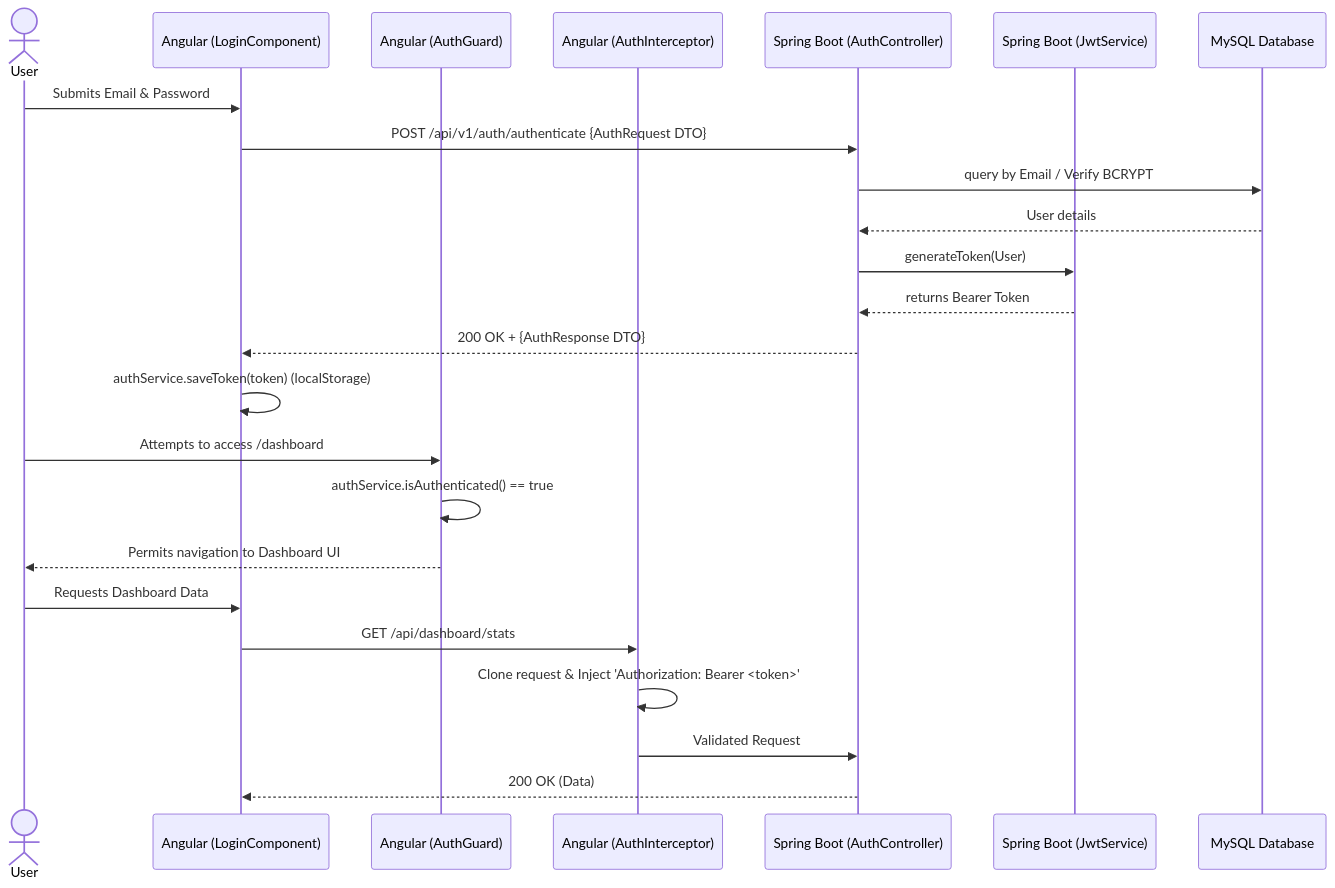
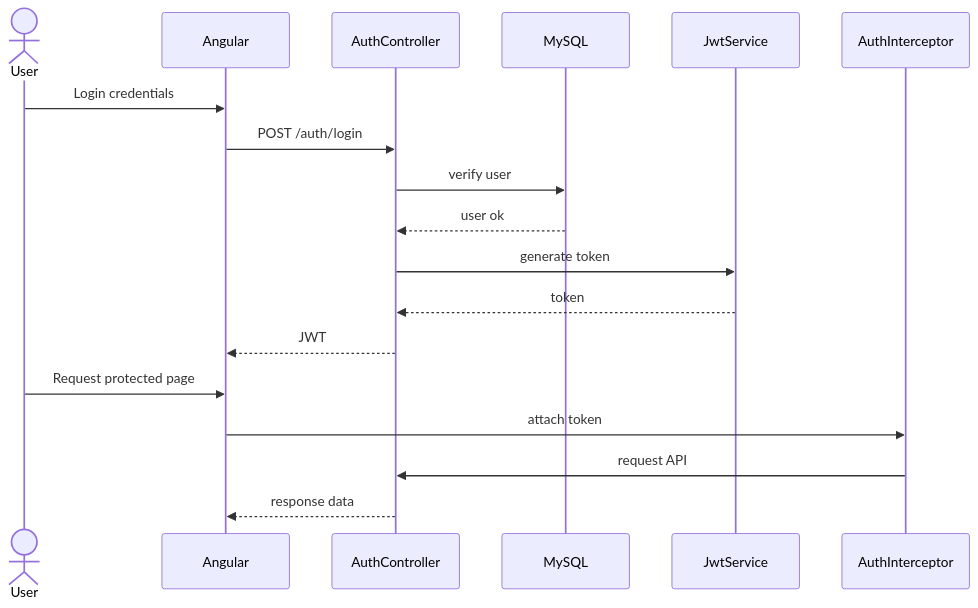
The third of 5 diagrams in docs/uml_diagrams.md (ranim85/Elderly-Assistance-Platform), drawn with Mermaid before and after one commit. The commit also changed other lines of this file, not shown here.

````diff
--- a/docs/uml_diagrams.md
+++ b/docs/uml_diagrams.md
@@ -134,29 +84,22 @@
 ```mermaid
 sequenceDiagram
-    actor User
-    participant App as Angular (LoginComponent)
-    participant Guard as Angular (AuthGuard)
-    participant Interceptor as Angular (AuthInterceptor)
-    participant API as Spring Boot (AuthController)
-    participant JWT as Spring Boot (JwtService)
-    participant DB as MySQL Database
+actor User
+participant UI as Angular
+participant Auth as AuthController
+participant DB as MySQL
+participant JWT as JwtService
+participant Interceptor as AuthInterceptor
 
-    User->>App: Submits Email & Password
-    App->>API: POST /api/v1/auth/authenticate {AuthRequest DTO}
-    API->>DB: query by Email / Verify BCRYPT
-    DB-->>API: User details
-    API->>JWT: generateToken(User)
-    JWT-->>API: returns Bearer Token
-    API-->>App: 200 OK + {AuthResponse DTO}
-    App->>App: authService.saveToken(token) (localStorage)
+User->>UI: Login credentials
+UI->>Auth: POST /auth/login
+Auth->>DB: verify user
+DB-->>Auth: user ok
+Auth->>JWT: generate token
+JWT-->>Auth: token
+Auth-->>UI: JWT
 
-    User->>Guard: Attempts to access /dashboard
-    Guard->>Guard: authService.isAuthenticated() == true
-    Guard-->>User: Permits navigation to Dashboard UI
-
-    User->>App: Requests Dashboard Data
-    App->>Interceptor: GET /api/dashboard/stats
-    Interceptor->>Interceptor: Clone request & Inject 'Authorization: Bearer <token>'
-    Interceptor->>API: Validated Request
-    API-->>App: 200 OK (Data)
+User->>UI: Request protected page
+UI->>Interceptor: attach token
+Interceptor->>Auth: request API
+Auth-->>UI: response data
 ```
````
